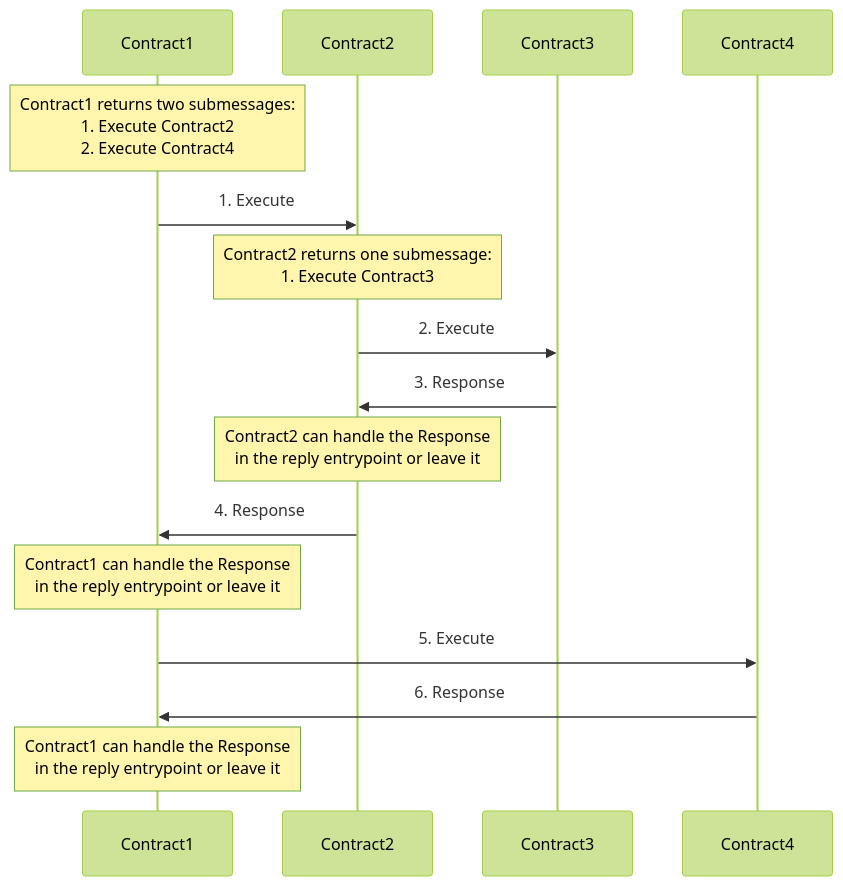
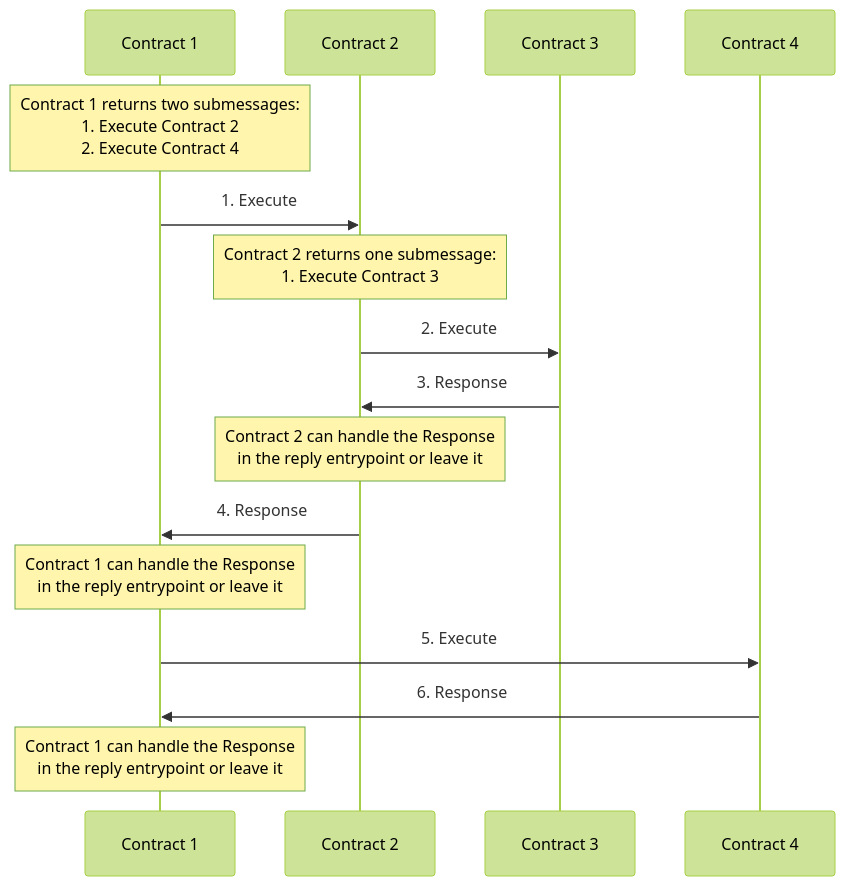
The diagram in pages/guide/cosmwasm-core/architecture/transactions.md (CosmWasm/cosmwasm.github.io), drawn with Mermaid (forest theme) before and after one commit. The commit also changed other lines of this file and 1 other file, not shown here.

````diff
--- a/pages/guide/cosmwasm-core/architecture/transactions.md
+++ b/pages/guide/cosmwasm-core/architecture/transactions.md
@@ -81,16 +77,16 @@
 ```mermaid
 
   sequenceDiagram
-    Note over Contract1: Contract1 returns two submessages:<br/> 1. Execute Contract2<br/> 2. Execute Contract4
-    Contract1->>Contract2: 1. Execute
-    Note over Contract2: Contract2 returns one submessage:<br/> 1. Execute Contract3
-    Contract2->>Contract3: 2. Execute
-    Contract3->>Contract2: 3. Response
-    Note over Contract2: Contract2 can handle the Response<br/>in the reply entrypoint or leave it
-    Contract2->>Contract1: 4. Response
-    Note over Contract1: Contract1 can handle the Response<br/>in the reply entrypoint or leave it
-    Contract1->>Contract4: 5. Execute
-    Contract4->>Contract1: 6. Response
-    Note over Contract1: Contract1 can handle the Response<br/>in the reply entrypoint or leave it
+    Note over Contract 1: Contract 1 returns two submessages:<br/> 1. Execute Contract 2<br/> 2. Execute Contract 4
+    Contract 1->>Contract 2: 1. Execute
+    Note over Contract 2: Contract 2 returns one submessage:<br/> 1. Execute Contract 3
+    Contract 2->>Contract 3: 2. Execute
+    Contract 3->>Contract 2: 3. Response
+    Note over Contract 2: Contract 2 can handle the Response<br/>in the reply entrypoint or leave it
+    Contract 2->>Contract 1: 4. Response
+    Note over Contract 1: Contract 1 can handle the Response<br/>in the reply entrypoint or leave it
+    Contract 1->>Contract 4: 5. Execute
+    Contract 4->>Contract 1: 6. Response
+    Note over Contract 1: Contract 1 can handle the Response<br/>in the reply entrypoint or leave it
 
 ```
````
